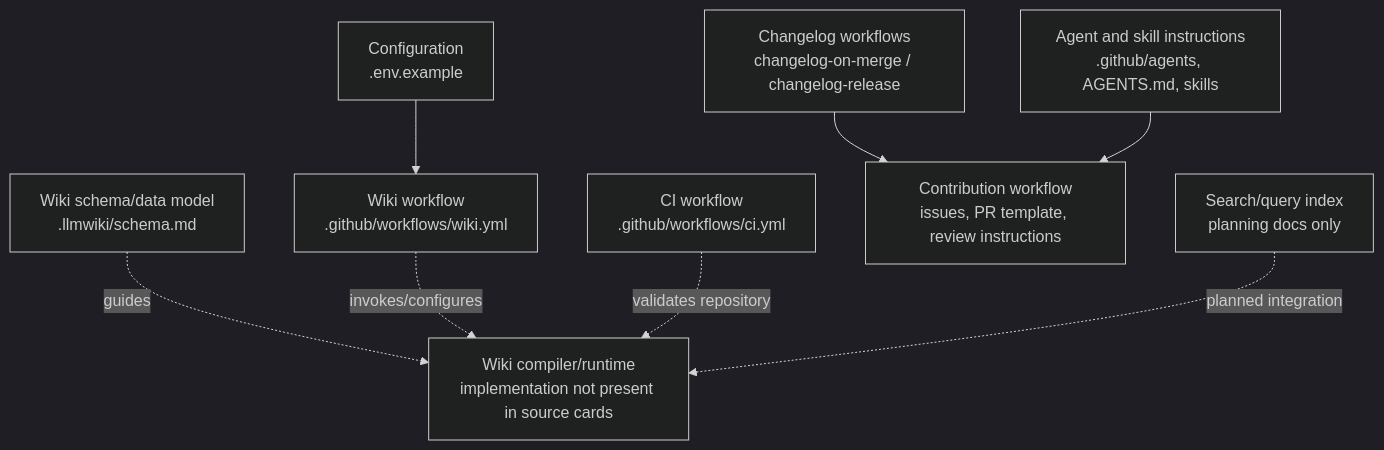
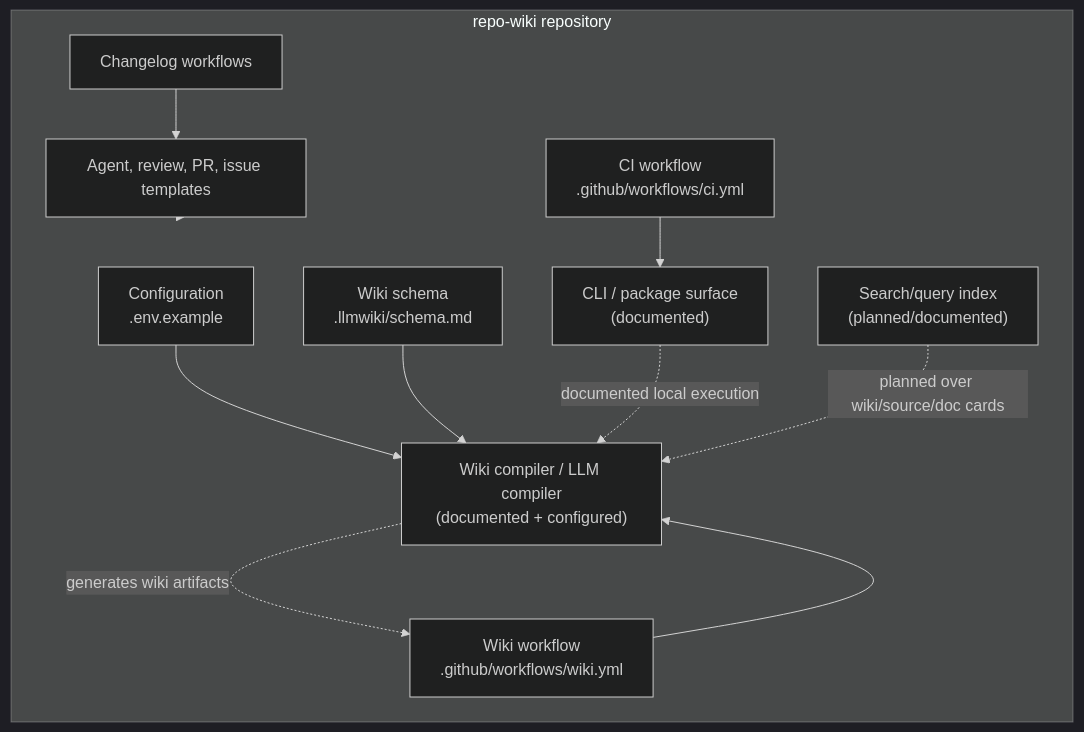
One commit to mfittko/repo-wiki changed the second of 3 diagrams in Architecture.md. Above: the diagram before and after it, drawn with Mermaid (dark theme). The commit also changed other lines of this file and 43 other files, not shown here.

Commit message:
Compile repository wiki 2026-05-15T10:40:36.235Z

````diff
--- a/Architecture.md
+++ b/Architecture.md
@@ -123,20 +175,24 @@
 ```mermaid
-flowchart TD
-    Config["Configuration<br/>.env.example"]
-    Schema["Wiki schema/data model<br/>.llmwiki/schema.md"]
-    WikiWorkflow["Wiki workflow<br/>.github/workflows/wiki.yml"]
-    CI["CI workflow<br/>.github/workflows/ci.yml"]
-    Changelog["Changelog workflows<br/>changelog-on-merge / changelog-release"]
-    Contribution["Contribution workflow<br/>issues, PR template, review instructions"]
-    Agents["Agent and skill instructions<br/>.github/agents, AGENTS.md, skills"]
-    Compiler["Wiki compiler/runtime<br/>implementation not present in source cards"]
-    Search["Search/query index<br/>planning docs only"]
+flowchart TB
+  subgraph Repo["repo-wiki repository"]
+    Env["Configuration\n.env.example"]
+    Schema["Wiki schema\n.llmwiki/schema.md"]
+    CLI["CLI / package surface\n(documented)"]
+    Compiler["Wiki compiler / LLM compiler\n(documented + configured)"]
+    Search["Search/query index\n(planned/documented)"]
+    CI["CI workflow\n.github/workflows/ci.yml"]
+    WikiWF["Wiki workflow\n.github/workflows/wiki.yml"]
+    ChangelogWF["Changelog workflows"]
+    Process["Agent, review, PR, issue templates"]
+  end
 
-    Config --> WikiWorkflow
-    Schema -. guides .-> Compiler
-    WikiWorkflow -. invokes/configures .-> Compiler
-    CI -. validates repository .-> Compiler
-    Changelog --> Contribution
-    Agents --> Contribution
-    Search -. planned integration .-> Compiler
+  Env --> Compiler
+  Schema --> Compiler
+  CLI -. "documented local execution" .-> Compiler
+  Compiler -. "generates wiki artifacts" .-> WikiWF
+  Search -. "planned over wiki/source/doc cards" .-> Compiler
+  CI --> CLI
+  WikiWF --> Compiler
+  ChangelogWF --> Process
+  Process --> Repo
 ```
````
